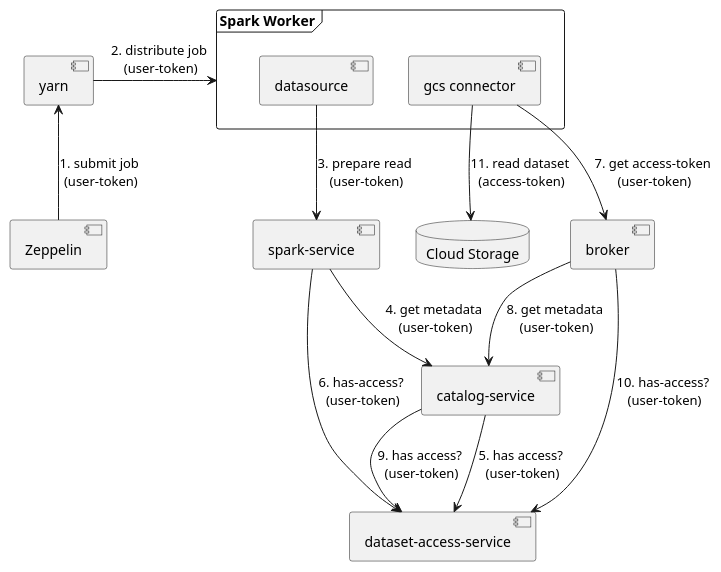
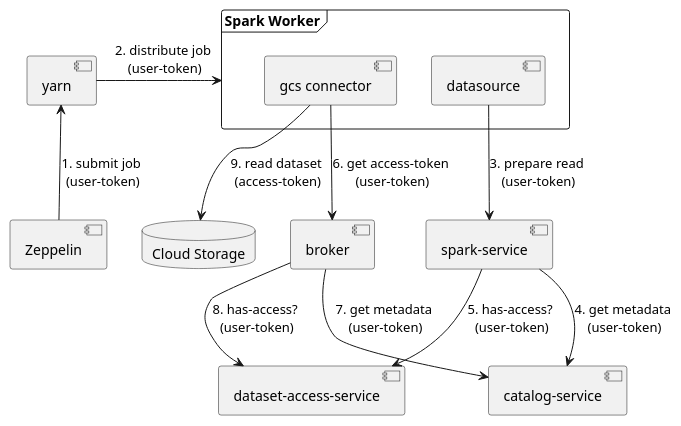
One commit to statisticsnorway/dapla-project changed the diagram in doc/security-read-data-comp.puml. Above: the diagram before and after it, drawn with PlantUML. The commit also changed 3 other files, not shown here.

Commit message:
Updated security component diagrams

```diff
--- a/doc/security-read-data-comp.puml
+++ b/doc/security-read-data-comp.puml
@@ -1,29 +1,27 @@
 @startuml
 
 [yarn] as yarn
 [Zeppelin] as zeppelin
 [dataset-access-service] as da_s
 [catalog-service] as catalog
 [spark-service] as sp_s
 [broker] as broker
 database "Cloud Storage" as gcs {
 }
 frame "Spark Worker" as worker {
   [datasource] as datasource
   [gcs connector] as gcs_connector
 }
 
 zeppelin -u-> yarn : 1. submit job\n (user-token)
 yarn -> worker : 2. distribute job\n (user-token)
 datasource --> sp_s : 3. prepare read\n (user-token)
 sp_s --> catalog : 4. get metadata\n (user-token)
-sp_s --> da_s : 6. has-access?\n (user-token)
-gcs_connector --> broker : 7. get access-token\n (user-token)
-broker --> catalog : 8. get metadata\n (user-token)
-catalog --> da_s : 9. has access?\n (user-token)
-catalog --> da_s : 5. has access?\n (user-token)
-broker --> da_s : 10. has-access?\n (user-token)
-gcs_connector --> gcs : 11. read dataset\n (access-token)
+sp_s --> da_s : 5. has-access?\n (user-token)
+gcs_connector --> broker : 6. get access-token\n (user-token)
+broker --> catalog : 7. get metadata\n (user-token)
+broker --> da_s : 8. has-access?\n (user-token)
+gcs_connector --> gcs : 9. read dataset\n (access-token)
 
 
 @enduml
```
